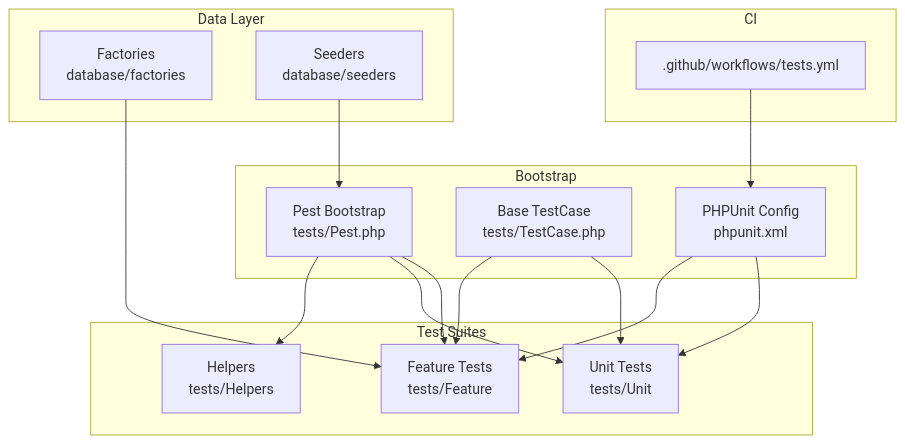
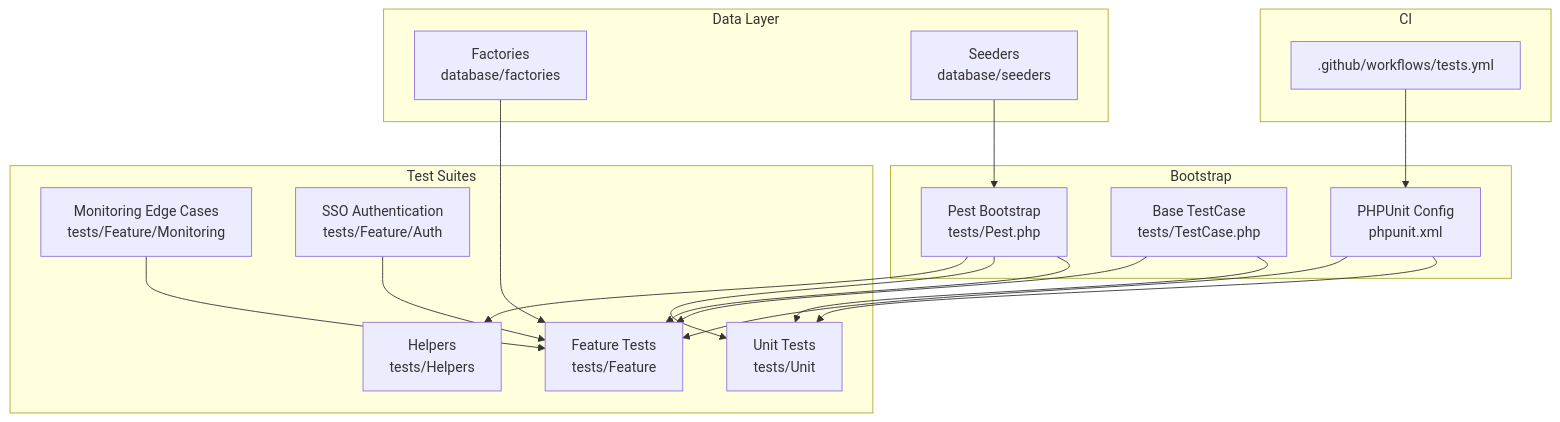
Before and after one commit to PA-Penajam/kepegawaian_apps: the first of 12 diagrams in .qoder/repowiki/en/content/Testing Strategy/Testing Strategy.md, drawn with Mermaid. The commit also changed other lines of this file and 13 other files, not shown here.

````diff
--- a/.qoder/repowiki/en/content/Testing Strategy/Testing Strategy.md
+++ b/.qoder/repowiki/en/content/Testing Strategy/Testing Strategy.md
@@ -44,30 +66,34 @@
 ```mermaid
 graph TB
 subgraph "Test Suites"
 U["Unit Tests<br/>tests/Unit"]
 F["Feature Tests<br/>tests/Feature"]
 H["Helpers<br/>tests/Helpers"]
+M["Monitoring Edge Cases<br/>tests/Feature/Monitoring"]
+S["SSO Authentication<br/>tests/Feature/Auth"]
 end
 subgraph "Bootstrap"
 TP["Pest Bootstrap<br/>tests/Pest.php"]
 TC["Base TestCase<br/>tests/TestCase.php"]
 PU["PHPUnit Config<br/>phpunit.xml"]
 end
 subgraph "Data Layer"
 FX["Factories<br/>database/factories"]
 SD["Seeders<br/>database/seeders"]
 end
 subgraph "CI"
 WF[".github/workflows/tests.yml"]
 end
 TP --> F
 TP --> U
 TP --> H
 TC --> U
 TC --> F
 PU --> U
 PU --> F
 FX --> F
 SD --> TP
 WF --> PU
+M --> F
+S --> F
 ```
````
